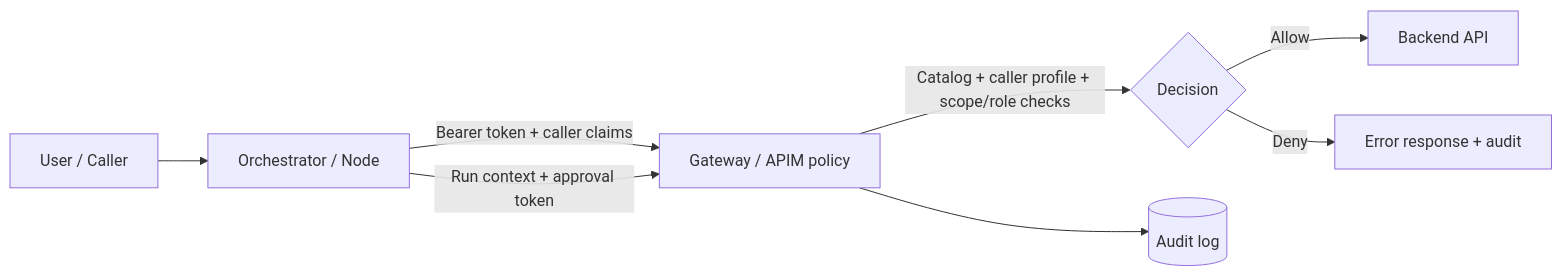
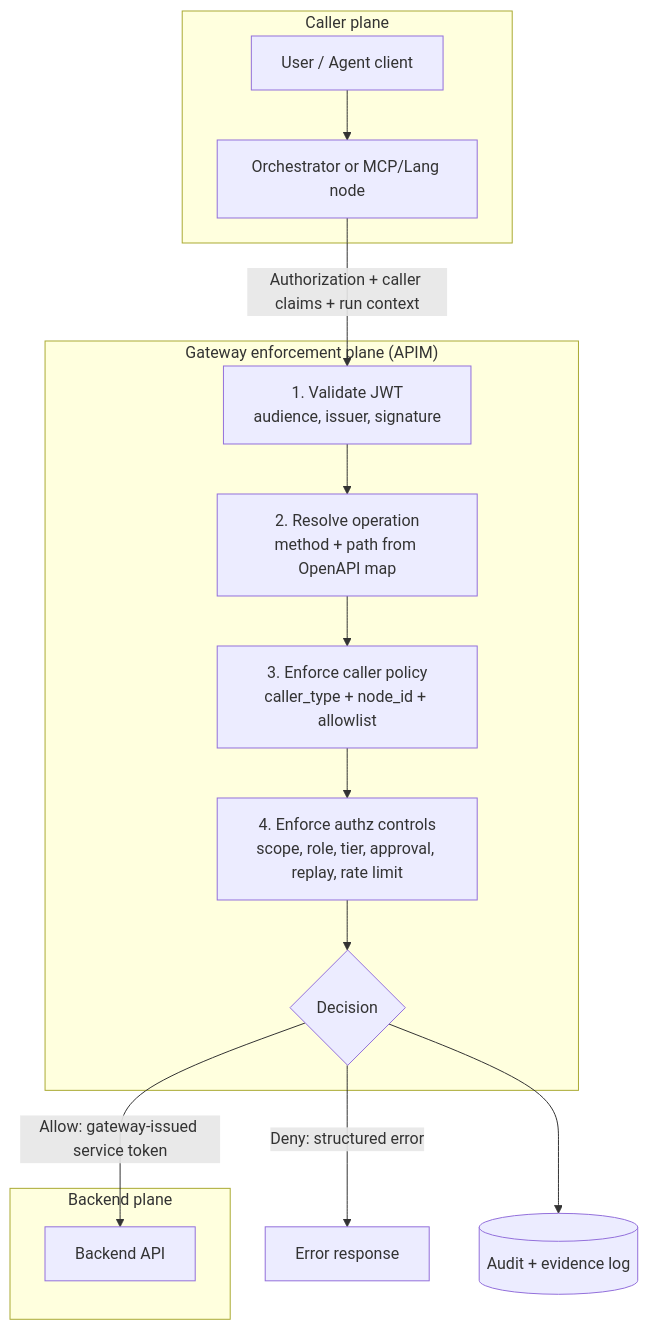
One commit to thattechieguy/agent-tool-authz changed the diagram in README.md. Above: the diagram before and after it, drawn with Mermaid.

Commit message:
docs(readme): simplify architecture flow diagram

````diff
--- a/README.md
+++ b/README.md
@@ -26,10 +26,26 @@
 ```mermaid
-flowchart LR
-    U[User / Caller] --> O[Orchestrator / Node]
-    O -->|Bearer token + caller claims| G[Gateway / APIM policy]
-    O -->|Run context + approval token| G
-    G -->|Catalog + caller profile + scope/role checks| D{Decision}
-    D -->|Allow| B[Backend API]
-    D -->|Deny| R[Error response + audit]
-    G --> A[(Audit log)]
+flowchart TB
+    subgraph CallerPlane["Caller plane"]
+      U[User / Agent client]
+      O[Orchestrator or MCP/Lang node]
+      U --> O
+    end
+
+    subgraph GatewayPlane["Gateway enforcement plane (APIM)"]
+      G1[1. Validate JWT<br/>audience, issuer, signature]
+      G2[2. Resolve operation<br/>method + path from OpenAPI map]
+      G3[3. Enforce caller policy<br/>caller_type + node_id + allowlist]
+      G4[4. Enforce authz controls<br/>scope, role, tier, approval, replay, rate limit]
+      D{Decision}
+      G1 --> G2 --> G3 --> G4 --> D
+    end
+
+    subgraph BackendPlane["Backend plane"]
+      B[Backend API]
+    end
+
+    O -->|Authorization + caller claims + run context| G1
+    D -->|Allow: gateway-issued service token| B
+    D -->|Deny: structured error| E[Error response]
+    D --> L[(Audit + evidence log)]
 ```
````
